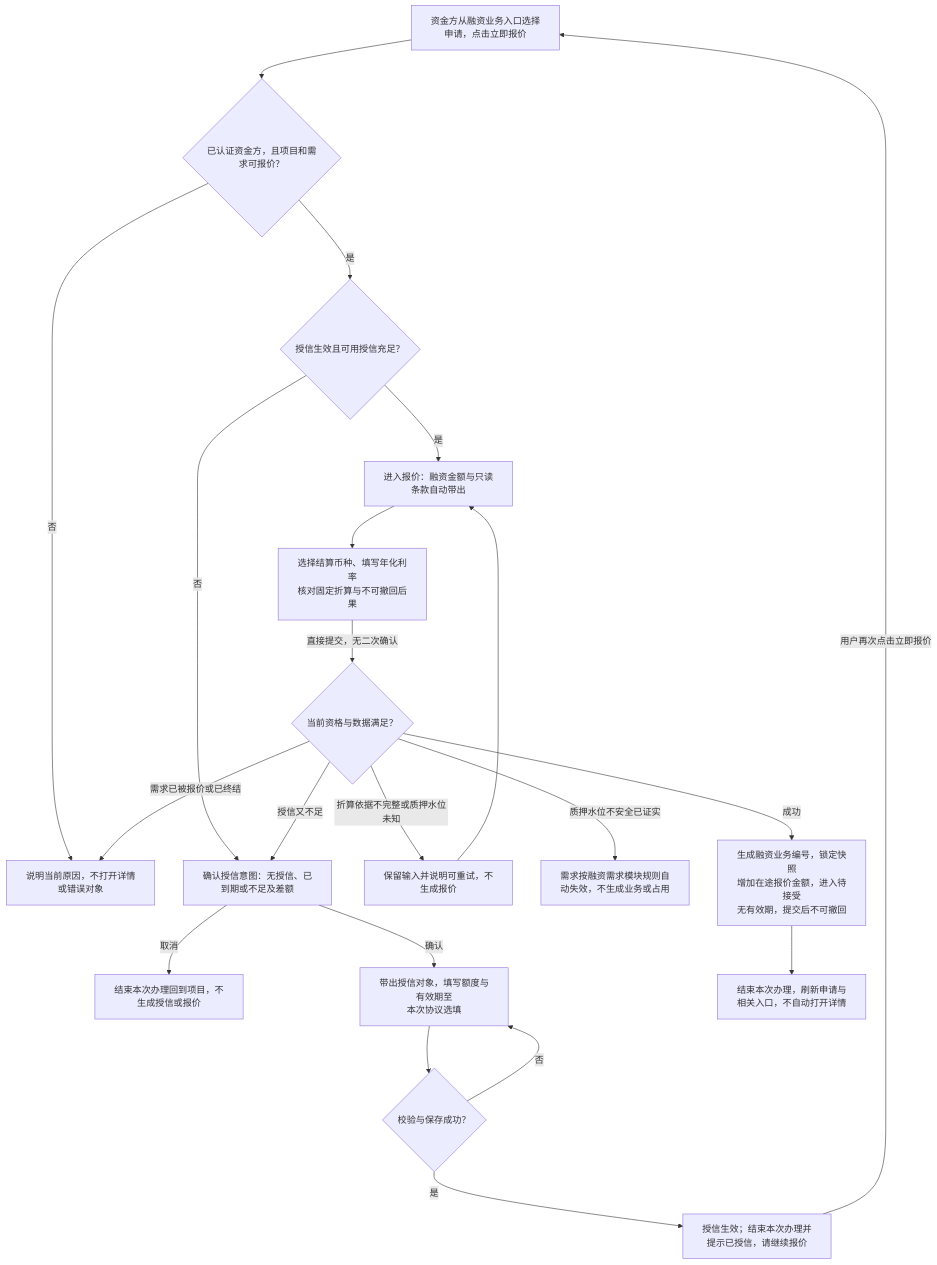
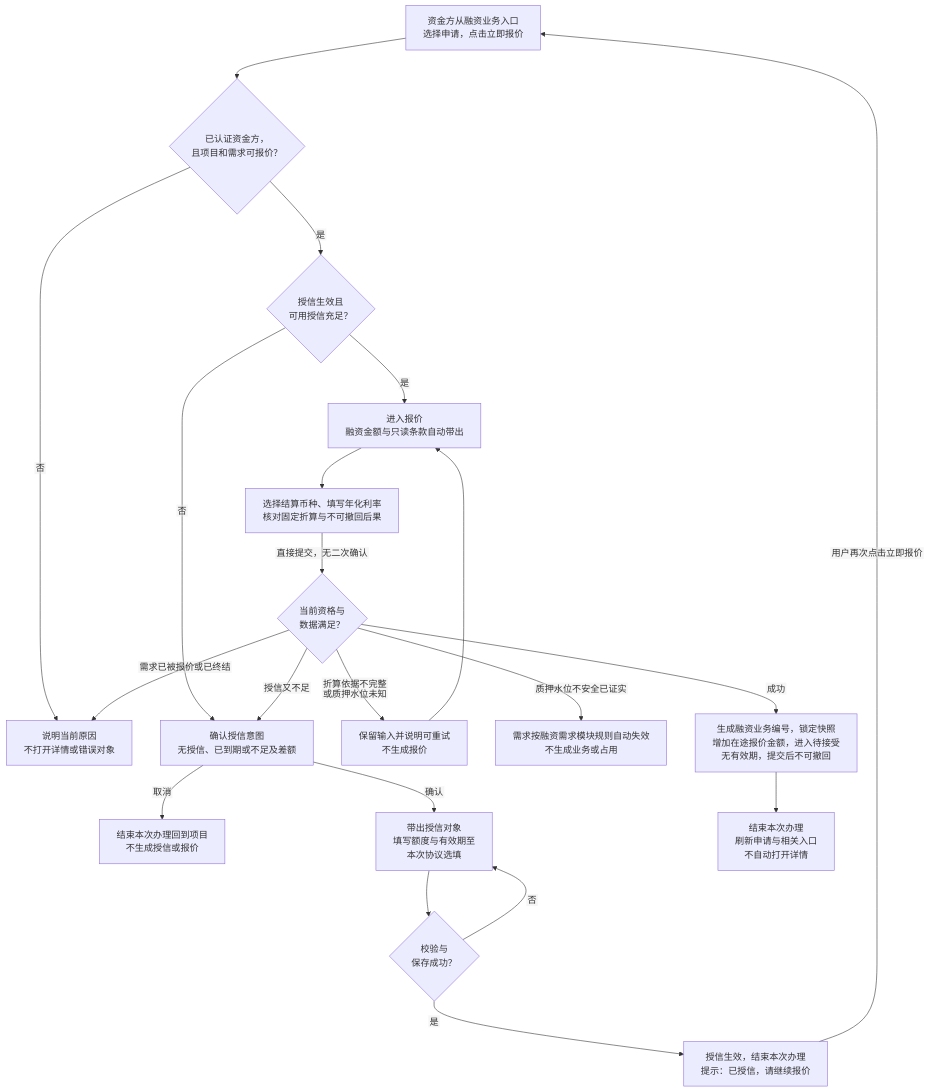
Before and after one commit to wxblockchain/Chain-Financing: the first of 8 diagrams in lending-platform/PRD/面客端/06-借贷广场-授信报价与接受拒绝/02-授信报价与接受拒绝-流程图与状态机.md, drawn with Mermaid. The commit also changed other lines of this file, not shown here.

First line of the commit message:
docs(WS-375): keep every flowchart label fully visible

````diff
--- a/lending-platform/PRD/面客端/06-借贷广场-授信报价与接受拒绝/02-授信报价与接受拒绝-流程图与状态机.md
+++ b/lending-platform/PRD/面客端/06-借贷广场-授信报价与接受拒绝/02-授信报价与接受拒绝-流程图与状态机.md
@@ -21,23 +21,24 @@
 ```mermaid
+%%{init: {"flowchart": {"htmlLabels": false, "wrappingWidth": 400}}}%%
 flowchart TD
-  A[资金方从融资业务入口选择申请，点击立即报价] --> B{已认证资金方，且项目和需求可报价？}
-  B -->|否| X[说明当前原因，不打开详情或错误对象]
-  B -->|是| C{授信生效且可用授信充足？}
-  C -->|否| D[确认授信意图：无授信、已到期或不足及差额]
-  D -->|取消| E[结束本次办理回到项目，不生成授信或报价]
-  D -->|确认| F[带出授信对象，填写额度与有效期至<br/>本次协议选填]
-  F --> G{校验与保存成功？}
-  G -->|否| F
-  G -->|是| H[授信生效；结束本次办理并提示已授信，请继续报价]
-  H -->|用户再次点击立即报价| A
-  C -->|是| Q[进入报价：融资金额与只读条款自动带出]
-  Q --> R[选择结算币种、填写年化利率<br/>核对固定折算与不可撤回后果]
-  R -->|直接提交，无二次确认| S{当前资格与数据满足？}
-  S -->|折算依据不完整或质押水位未知| U[保留输入并说明可重试，不生成报价]
+  A["资金方从融资业务入口<br/>选择申请，点击立即报价"] --> B{"已认证资金方，<br/>且项目和需求可报价？"}
+  B -->|"否"| X["说明当前原因<br/>不打开详情或错误对象"]
+  B -->|"是"| C{"授信生效且<br/>可用授信充足？"}
+  C -->|"否"| D["确认授信意图<br/>无授信、已到期或不足及差额"]
+  D -->|"取消"| E["结束本次办理回到项目<br/>不生成授信或报价"]
+  D -->|"确认"| F["带出授信对象<br/>填写额度与有效期至<br/>本次协议选填"]
+  F --> G{"校验与<br/>保存成功？"}
+  G -->|"否"| F
+  G -->|"是"| H["授信生效，结束本次办理<br/>提示：已授信，请继续报价"]
+  H -->|"用户再次点击立即报价"| A
+  C -->|"是"| Q["进入报价<br/>融资金额与只读条款自动带出"]
+  Q --> R["选择结算币种、填写年化利率<br/>核对固定折算与不可撤回后果"]
+  R -->|"直接提交，无二次确认"| S{"当前资格与<br/>数据满足？"}
+  S -->|"折算依据不完整<br/>或质押水位未知"| U["保留输入并说明可重试<br/>不生成报价"]
   U --> Q
-  S -->|质押水位不安全已证实| V[需求按融资需求模块规则自动失效，不生成业务或占用]
-  S -->|需求已被报价或已终结| X
-  S -->|授信又不足| D
-  S -->|成功| W[生成融资业务编号，锁定快照<br/>增加在途报价金额，进入待接受<br/>无有效期，提交后不可撤回]
-  W --> Z[结束本次办理，刷新申请与相关入口，不自动打开详情]
+  S -->|"质押水位不安全已证实"| V["需求按融资需求模块规则自动失效<br/>不生成业务或占用"]
+  S -->|"需求已被报价或已终结"| X
+  S -->|"授信又不足"| D
+  S -->|"成功"| W["生成融资业务编号，锁定快照<br/>增加在途报价金额，进入待接受<br/>无有效期，提交后不可撤回"]
+  W --> Z["结束本次办理<br/>刷新申请与相关入口<br/>不自动打开详情"]
 ```
````
